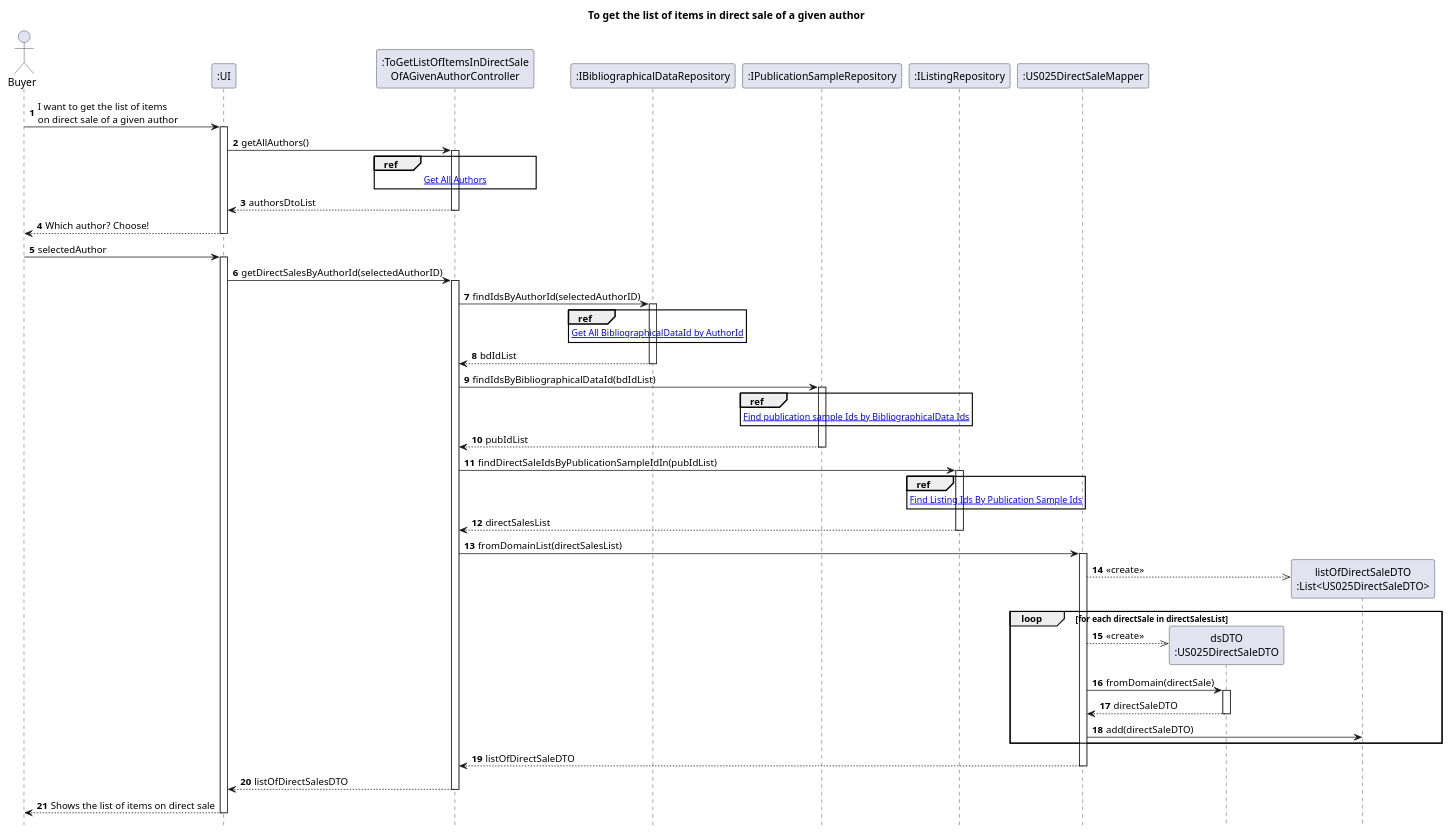
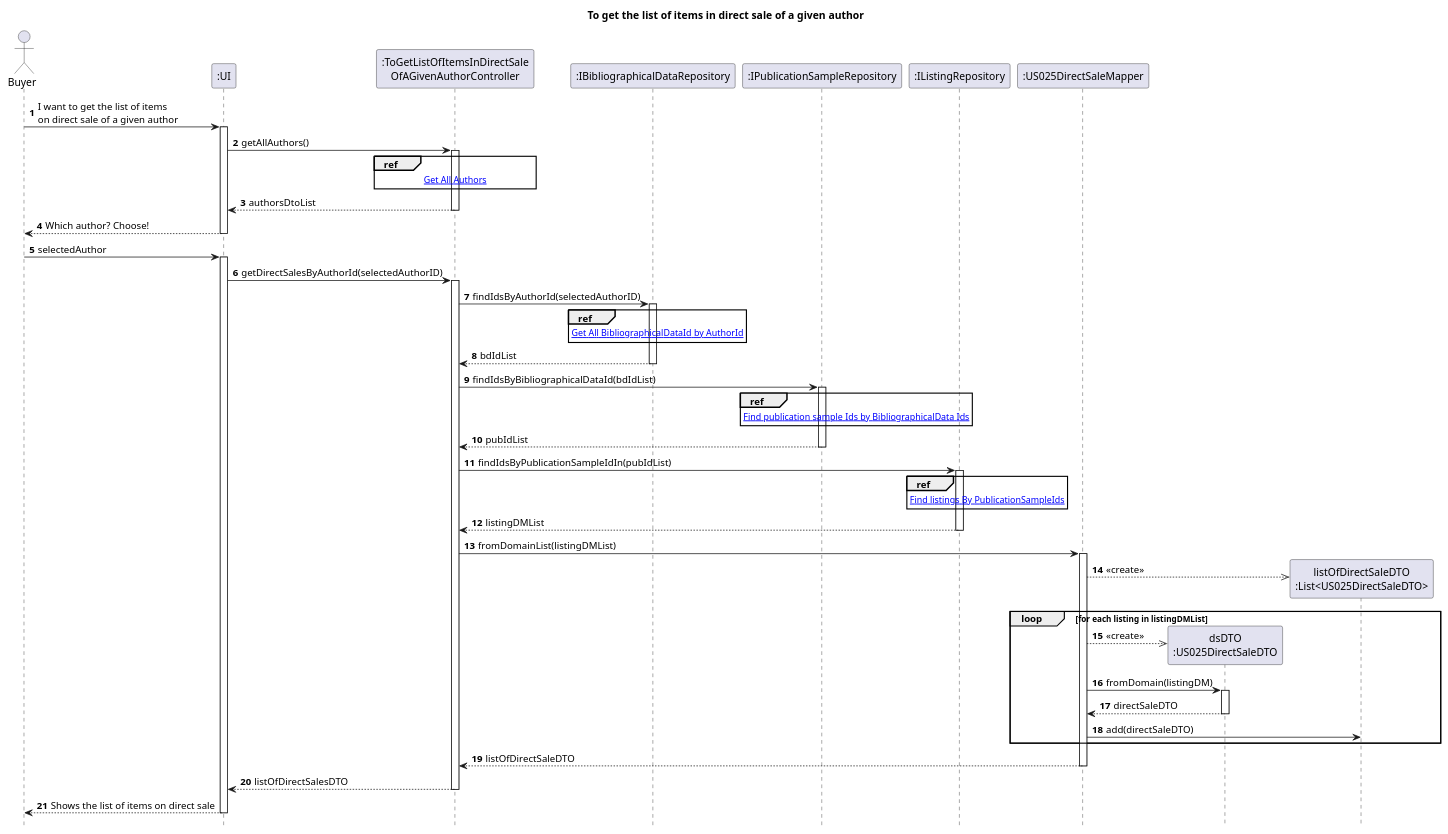
The diagram in Diagrams/SequenceDiagrams/N2/To-get-the-list-of-items-on-direct-sale-of-a-given-author/1.MainDiagram.puml (AndrePereiraGitH/SWitCH-Project-Team_A), drawn with PlantUML before and after one commit. The commit also changed 3 other files, not shown here.

```diff
--- a/Diagrams/SequenceDiagrams/N2/To-get-the-list-of-items-on-direct-sale-of-a-given-author/1.MainDiagram.puml
+++ b/Diagrams/SequenceDiagrams/N2/To-get-the-list-of-items-on-direct-sale-of-a-given-author/1.MainDiagram.puml
@@ -1,95 +1,95 @@
 @startuml
 hide footbox
 autonumber
 title To get the list of items in direct sale of a given author
 
 actor Buyer
 
 participant ":UI" as UI
 participant ":ToGetListOfItemsInDirectSale\nOfAGivenAuthorController" as Ctrl
 
 participant ":IBibliographicalDataRepository" as bdRepo
 participant ":IPublicationSampleRepository" as pubRepo
 participant ":IListingRepository" as listingRepo
 
 participant ":US025DirectSaleMapper" as directSaleMapper
 participant "dsDTO\n:US025DirectSaleDTO" as dsDTO
 participant "listOfDirectSaleDTO\n:List<US025DirectSaleDTO>" as ListDTO
 
 Buyer -> UI : I want to get the list of items\non direct sale of a given author
 activate UI
 
 UI -> Ctrl : getAllAuthors()
 activate Ctrl
 
     ref over Ctrl
     [[2.GetAllAuthors.puml Get All Authors]]
     end ref
 
 Ctrl --> UI : authorsDtoList
 deactivate Ctrl
 
 Buyer <-- UI : Which author? Choose!
 deactivate UI
 
 Buyer -> UI : selectedAuthor
 activate UI
 
 UI -> Ctrl : getDirectSalesByAuthorId(selectedAuthorID)
 activate Ctrl
 
 Ctrl -> bdRepo : findIdsByAuthorId(selectedAuthorID)
 activate bdRepo
 
     ref over bdRepo
     [[3.FindBiblioDataIdsByAuthorId.puml Get All BibliographicalDataId by AuthorId]]
     end ref
 
 bdRepo --> Ctrl : bdIdList
 deactivate bdRepo
 
 Ctrl -> pubRepo : findIdsByBibliographicalDataId(bdIdList)
 activate pubRepo
 
     ref over pubRepo
     [[4.FindPublicationSampleIdsByBiblioDataIds.puml Find publication sample Ids by BibliographicalData Ids]]
     end ref
 
 pubRepo --> Ctrl : pubIdList
 deactivate pubRepo
 
-Ctrl -> listingRepo : findDirectSaleIdsByPublicationSampleIdIn(pubIdList)
+Ctrl -> listingRepo : findIdsByPublicationSampleIdIn(pubIdList)
 activate listingRepo
 
 ref over listingRepo
-[[5.FindListingIdsByPublicationSampleIds.puml Find Listing Ids By Publication Sample Ids]]
+[[5.FindListingsByPublicationSampleIds.puml Find listings By PublicationSampleIds]]
 end ref
 
-listingRepo --> Ctrl : directSalesList
+listingRepo --> Ctrl : listingDMList
 deactivate listingRepo
 
-Ctrl -> directSaleMapper : fromDomainList(directSalesList)
+Ctrl -> directSaleMapper : fromDomainList(listingDMList)
 activate directSaleMapper
 
 directSaleMapper -->> ListDTO ** : <<create>>
 
-loop for each directSale in directSalesList
+loop for each listing in listingDMList
     directSaleMapper -->> dsDTO ** : <<create>>
-    directSaleMapper -> dsDTO : fromDomain(directSale)
+    directSaleMapper -> dsDTO : fromDomain(listingDM)
     activate dsDTO
     dsDTO --> directSaleMapper : directSaleDTO
     deactivate dsDTO
     directSaleMapper -> ListDTO : add(directSaleDTO)
 end
 
 deactivate ListDTO
 
 directSaleMapper --> Ctrl : listOfDirectSaleDTO
 deactivate directSaleMapper
 
 Ctrl --> UI : listOfDirectSalesDTO
 deactivate Ctrl
 
 UI --> Buyer : Shows the list of items on direct sale
 deactivate UI
 @enduml
```
